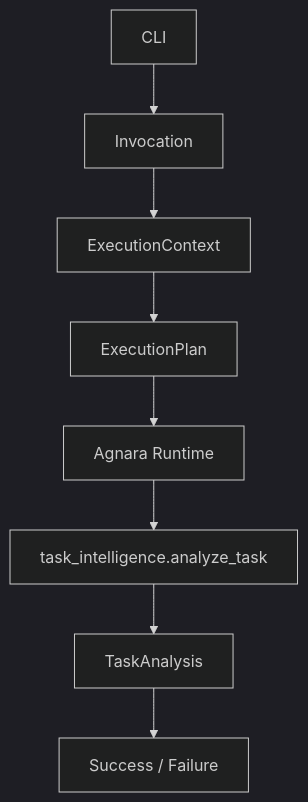
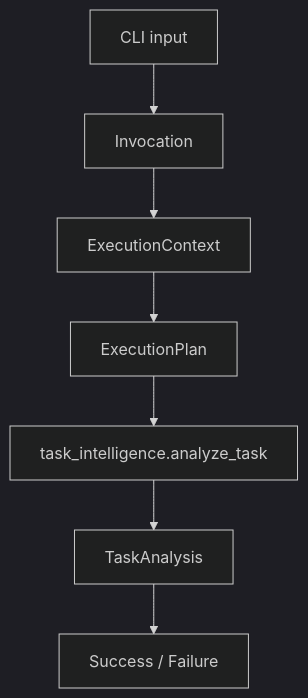
One commit to agnara-project/agnara-task-intelligence changed the diagram in README.md. Above: the diagram before and after it, drawn with Mermaid (dark theme). The commit also changed other lines of this file, not shown here.

````diff
--- a/README.md
+++ b/README.md
@@ -39,10 +39,9 @@
 ```mermaid
 flowchart TD
-    CLI["CLI"] --> INV["Invocation"]
+    CLI["CLI input"] --> INV["Invocation"]
     INV --> CTX["ExecutionContext"]
     CTX --> PLAN["ExecutionPlan"]
-    PLAN --> RUNTIME["Agnara Runtime"]
-    RUNTIME --> CAP["task_intelligence.analyze_task"]
+    PLAN --> CAP["task_intelligence.analyze_task"]
     CAP --> RESULT["TaskAnalysis"]
     RESULT --> OUTCOME["Success / Failure"]
 ```
````
